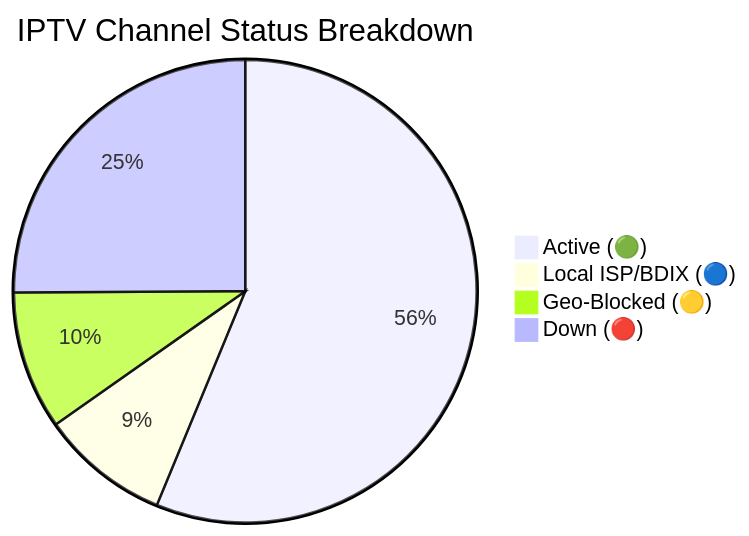
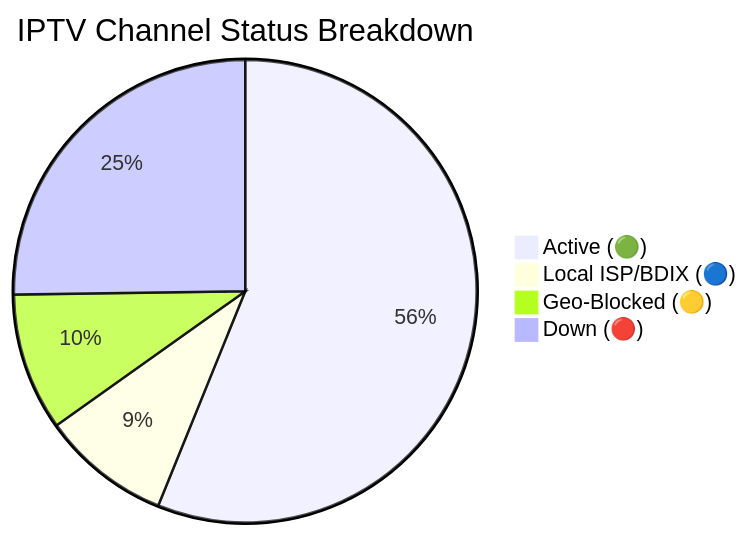
The diagram in README.md (Zaman-Topu/Ip-tv-Collection), drawn with Mermaid before and after one commit. The commit also changed other lines of this file and 6 other files, not shown here.

````diff
--- a/README.md
+++ b/README.md
@@ -149,7 +149,7 @@
 ```mermaid
 pie title IPTV Channel Status Breakdown
-    "Active (🟢)" : 10721
-    "Local ISP/BDIX (🔵)" : 1717
-    "Geo-Blocked (🟡)" : 1842
-    "Down (🔴)" : 4783
+    "Active (🟢)" : 10686
+    "Local ISP/BDIX (🔵)" : 1719
+    "Geo-Blocked (🟡)" : 1828
+    "Down (🔴)" : 4803
 ```
````
